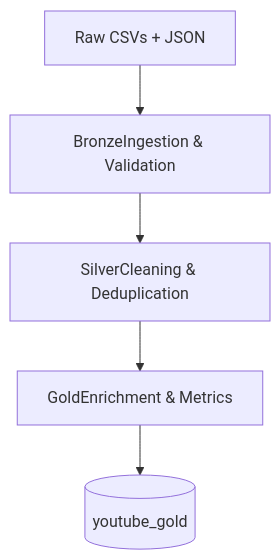
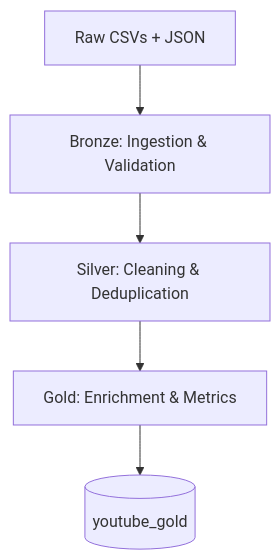
Before and after one commit to nickbartram/youtube_stats_databricks: the diagram in README.md, drawn with Mermaid.

Commit message:
edit to Mermaid section of README

````diff
--- a/README.md
+++ b/README.md
@@ -13,7 +13,7 @@
 ```mermaid
 graph TD
-    A[Raw CSVs + JSON] --> B[BronzeIngestion & Validation]
-    B --> C[SilverCleaning & Deduplication]
-    C --> D[GoldEnrichment & Metrics]
+    A[Raw CSVs + JSON] --> B[Bronze: Ingestion & Validation]
+    B --> C[Silver: Cleaning & Deduplication]
+    C --> D[Gold: Enrichment & Metrics]
     D --> E[(youtube_gold)]
 ```
````
